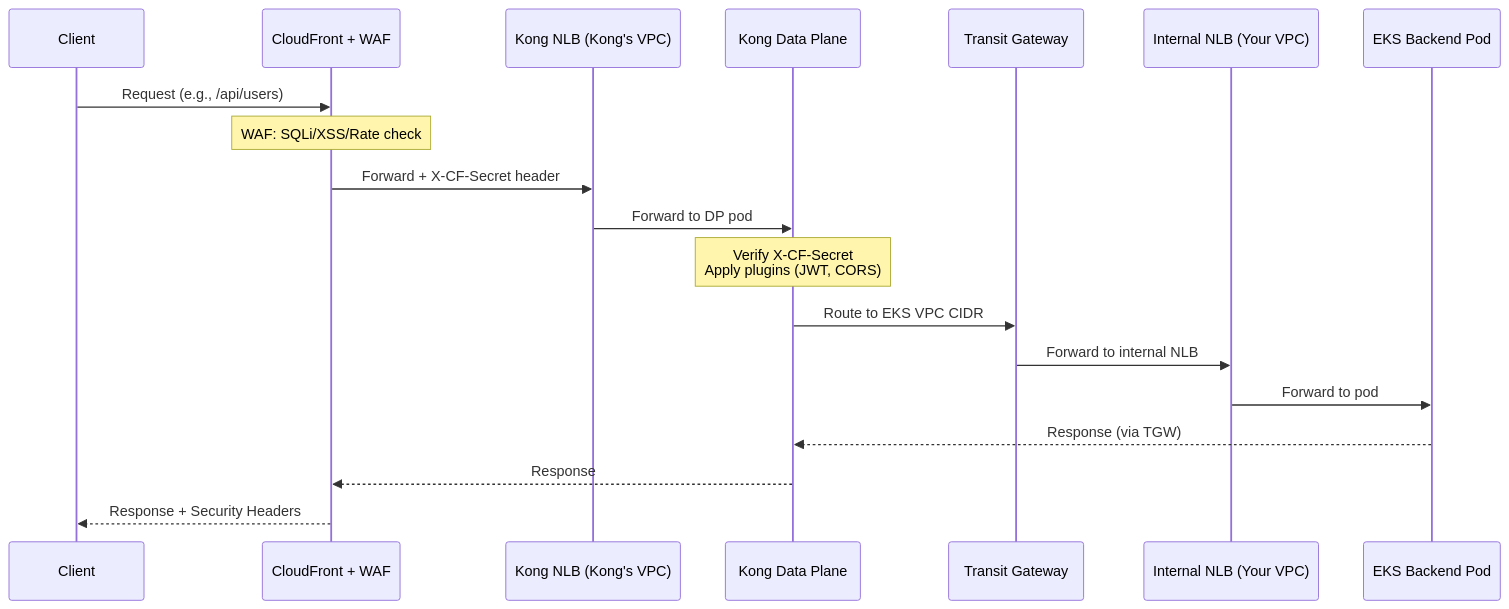
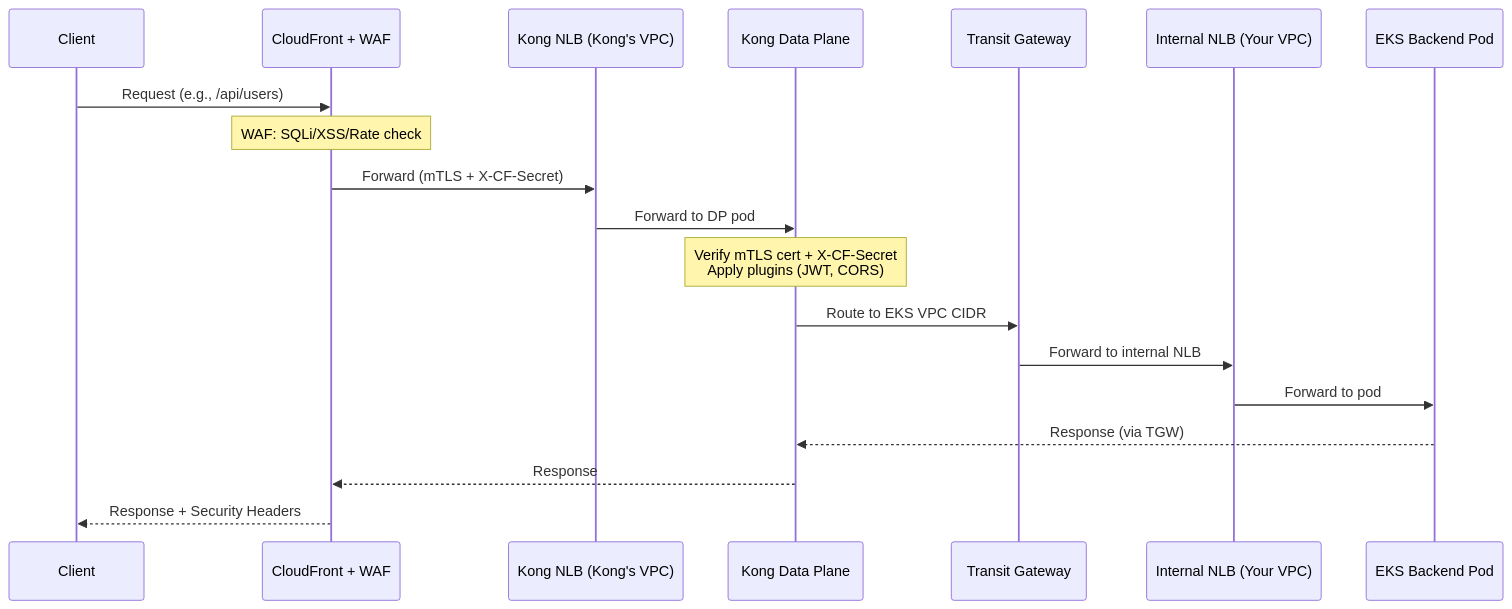
Before and after one commit to shanaka-versent/Kong-Konnect-Cloud-Gateway-on-EKS: the third of 5 diagrams in README.md, drawn with Mermaid. The commit also changed other lines of this file, not shown here.

First line of the commit message:
Update README diagrams and text to reflect mTLS bypass prevention

````diff
--- a/README.md
+++ b/README.md
@@ -102,22 +102,22 @@
 ```mermaid
 sequenceDiagram
     participant Client
     participant CF as CloudFront + WAF
     participant KongNLB as Kong NLB (Kong's VPC)
     participant KongDP as Kong Data Plane
     participant TGW as Transit Gateway
     participant IntNLB as Internal NLB (Your VPC)
     participant EKS as EKS Backend Pod
 
     Client->>CF: Request (e.g., /api/users)
     Note over CF: WAF: SQLi/XSS/Rate check
-    CF->>KongNLB: Forward + X-CF-Secret header
+    CF->>KongNLB: Forward (mTLS + X-CF-Secret)
     KongNLB->>KongDP: Forward to DP pod
-    Note over KongDP: Verify X-CF-Secret<br/>Apply plugins (JWT, CORS)
+    Note over KongDP: Verify mTLS cert + X-CF-Secret<br/>Apply plugins (JWT, CORS)
     KongDP->>TGW: Route to EKS VPC CIDR
     TGW->>IntNLB: Forward to internal NLB
     IntNLB->>EKS: Forward to pod
     EKS-->>KongDP: Response (via TGW)
     KongDP-->>CF: Response
     CF-->>Client: Response + Security Headers
 ```
````
